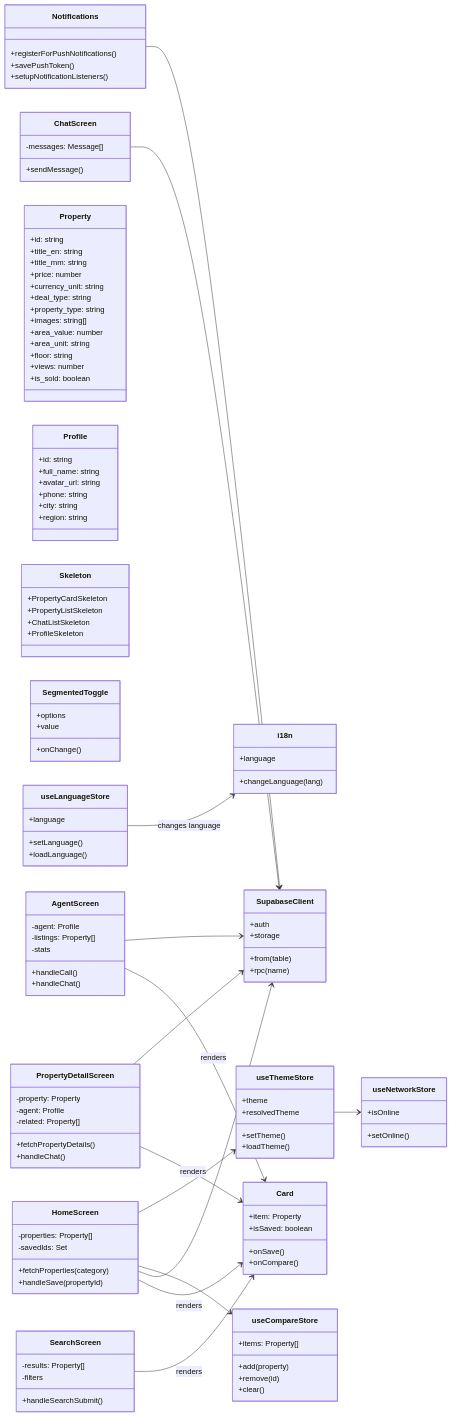
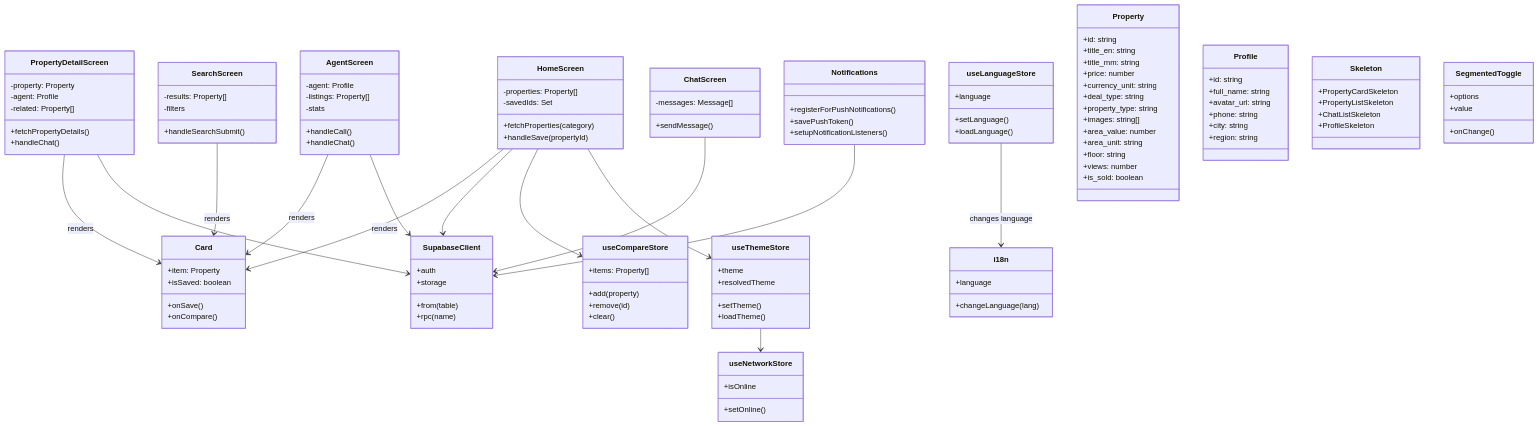
One commit to phyothant-dev/nestfinder changed the diagram in docs/diagrams/class.mmd. Above: the diagram before and after it, drawn with Mermaid. The commit also changed 5 other files, not shown here.

Commit message:
Redraw diagrams to eliminate crossing lines

```diff
--- a/docs/diagrams/class.mmd
+++ b/docs/diagrams/class.mmd
@@ -1,138 +1,140 @@
 classDiagram
-    direction LR
-
-    class SupabaseClient {
-        +auth
-        +from(table)
-        +storage
-        +rpc(name)
-    }
-
-    class i18n {
-        +language
-        +changeLanguage(lang)
-    }
-
-    class Notifications {
-        +registerForPushNotifications()
-        +savePushToken()
-        +setupNotificationListeners()
-    }
-
-    class useThemeStore {
-        +theme
-        +resolvedTheme
-        +setTheme()
-        +loadTheme()
-    }
-
-    class useLanguageStore {
-        +language
-        +setLanguage()
-        +loadLanguage()
-    }
-
-    class useCompareStore {
-        +items: Property[]
-        +add(property)
-        +remove(id)
-        +clear()
-    }
-
-    class useNetworkStore {
-        +isOnline
-        +setOnline()
-    }
-
-    class Property {
-        +id: string
-        +title_en: string
-        +title_mm: string
-        +price: number
-        +currency_unit: string
-        +deal_type: string
-        +property_type: string
-        +images: string[]
-        +area_value: number
-        +area_unit: string
-        +floor: string
-        +views: number
-        +is_sold: boolean
-    }
-
-    class Profile {
-        +id: string
-        +full_name: string
-        +avatar_url: string
-        +phone: string
-        +city: string
-        +region: string
-    }
-
-    class Card {
-        +item: Property
-        +isSaved: boolean
-        +onSave()
-        +onCompare()
-    }
-
-    class Skeleton {
-        +PropertyCardSkeleton
-        +PropertyListSkeleton
-        +ChatListSkeleton
-        +ProfileSkeleton
-    }
-
-    class SegmentedToggle {
-        +options
-        +value
-        +onChange()
-    }
+    direction TB
 
     class HomeScreen {
         -properties: Property[]
         -savedIds: Set
         +fetchProperties(category)
         +handleSave(propertyId)
     }
 
     class PropertyDetailScreen {
         -property: Property
         -agent: Profile
         -related: Property[]
         +fetchPropertyDetails()
         +handleChat()
     }
 
     class AgentScreen {
         -agent: Profile
         -listings: Property[]
         -stats
         +handleCall()
         +handleChat()
     }
 
     class SearchScreen {
         -results: Property[]
         -filters
         +handleSearchSubmit()
     }
 
     class ChatScreen {
         -messages: Message[]
         +sendMessage()
     }
 
+    class Card {
+        +item: Property
+        +isSaved: boolean
+        +onSave()
+        +onCompare()
+    }
+
+    class SupabaseClient {
+        +auth
+        +from(table)
+        +storage
+        +rpc(name)
+    }
+
+    class Notifications {
+        +registerForPushNotifications()
+        +savePushToken()
+        +setupNotificationListeners()
+    }
+
+    class useCompareStore {
+        +items: Property[]
+        +add(property)
+        +remove(id)
+        +clear()
+    }
+
+    class useThemeStore {
+        +theme
+        +resolvedTheme
+        +setTheme()
+        +loadTheme()
+    }
+
+    class useNetworkStore {
+        +isOnline
+        +setOnline()
+    }
+
+    class useLanguageStore {
+        +language
+        +setLanguage()
+        +loadLanguage()
+    }
+
+    class i18n {
+        +language
+        +changeLanguage(lang)
+    }
+
+    class Property {
+        +id: string
+        +title_en: string
+        +title_mm: string
+        +price: number
+        +currency_unit: string
+        +deal_type: string
+        +property_type: string
+        +images: string[]
+        +area_value: number
+        +area_unit: string
+        +floor: string
+        +views: number
+        +is_sold: boolean
+    }
+
+    class Profile {
+        +id: string
+        +full_name: string
+        +avatar_url: string
+        +phone: string
+        +city: string
+        +region: string
+    }
+
+    class Skeleton {
+        +PropertyCardSkeleton
+        +PropertyListSkeleton
+        +ChatListSkeleton
+        +ProfileSkeleton
+    }
+
+    class SegmentedToggle {
+        +options
+        +value
+        +onChange()
+    }
+
     HomeScreen --> Card : renders
     PropertyDetailScreen --> Card : renders
     AgentScreen --> Card : renders
     SearchScreen --> Card : renders
+
     HomeScreen --> SupabaseClient
     PropertyDetailScreen --> SupabaseClient
     AgentScreen --> SupabaseClient
     ChatScreen --> SupabaseClient
+    Notifications --> SupabaseClient
+
     HomeScreen --> useCompareStore
     HomeScreen --> useThemeStore
+    useThemeStore --> useNetworkStore
     useLanguageStore --> i18n : changes language
-    Notifications --> SupabaseClient
-    useThemeStore --> useNetworkStore
```
